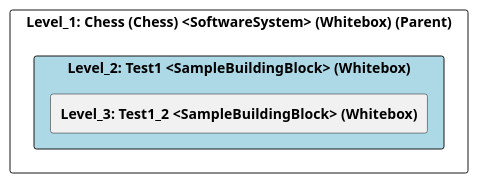
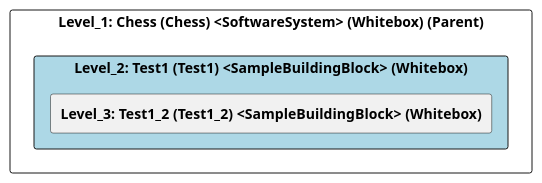
The diagram in src/cleon.architecturemethods.arc42.sample/doc/cleon_architecturemethods_arc42_sample_arc42/adoc/en/05_building_block_view/chess/test1/level_2_test1.adoc (marcozwyssig/cleon), drawn with PlantUML before and after one commit. The commit also changed other lines of this file and 166 other files, not shown here.

```diff
--- a/src/cleon.architecturemethods.arc42.sample/doc/cleon_architecturemethods_arc42_sample_arc42/adoc/en/05_building_block_view/chess/test1/level_2_test1.adoc
+++ b/src/cleon.architecturemethods.arc42.sample/doc/cleon_architecturemethods_arc42_sample_arc42/adoc/en/05_building_block_view/chess/test1/level_2_test1.adoc
@@ -22,26 +22,26 @@
-[plantuml, Level_2: Test1 <SampleBuildingBlock> (Whitebox)BlockOverview, format="svg"]
+[plantuml, Level_2: Test1 (Test1) <SampleBuildingBlock> (Whitebox)BlockOverview, format="svg"]
 ----
-@startuml Level_2: Test1 <SampleBuildingBlock> (Whitebox)BuildingBlockOverview
+@startuml Level_2: Test1 (Test1) <SampleBuildingBlock> (Whitebox)BuildingBlockOverview
 
 skinparam ranksep 10
 skinparam componentStyle rectangle
 skinparam shadowing false
 skinparam arrowColor lightblue
 skinparam arrowThickness 1.2
 skinparam rectangle {
   BackgroundColor White
   BorderColor #333
   RoundCorner 10
 }
 top to bottom direction
 
 component "Level_1: Chess (Chess) <SoftwareSystem> (Whitebox) (Parent)" {
-    component "Level_2: Test1 <SampleBuildingBlock> (Whitebox)" #lightblue {
-        [**Level_3: Test1_2 <SampleBuildingBlock> (Whitebox)**] as 489CD282_D579_11EE_903E_9F564E4DE07E
+    component "Level_2: Test1 (Test1) <SampleBuildingBlock> (Whitebox)" #lightblue {
+        [**Level_3: Test1_2 (Test1_2) <SampleBuildingBlock> (Whitebox)**] as 489CD282_D579_11EE_903E_9F564E4DE07E
     }
 
     
 }
 
 @enduml
 ----
```
